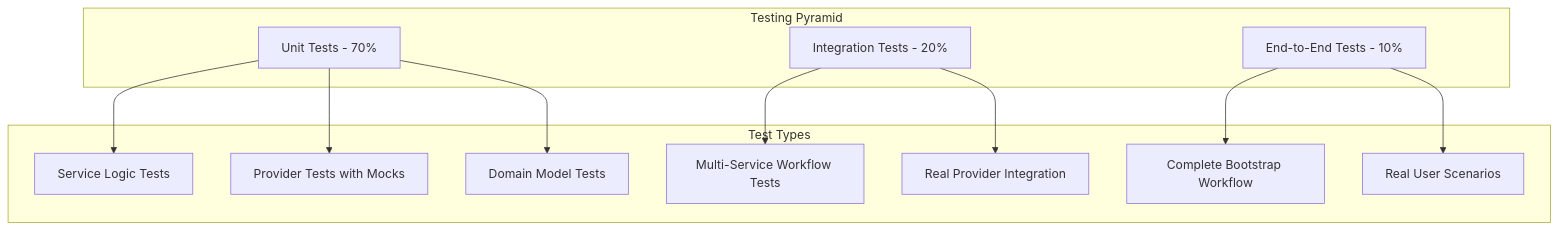
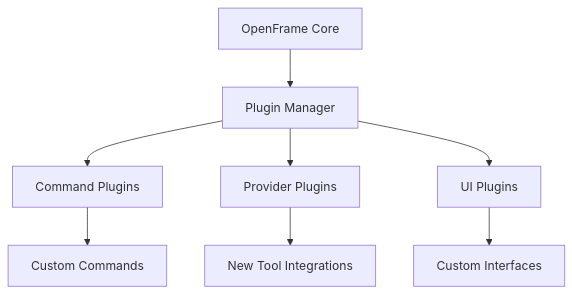
One commit to Praesto-Pro/openframe-cli changed the eighth of 8 diagrams in docs/development/architecture/README.md. Above: the diagram before and after it, drawn with Mermaid. The commit also changed other lines of this file and 19 other files, not shown here.

````diff
--- a/docs/development/architecture/README.md
+++ b/docs/development/architecture/README.md
@@ -413,20 +528,11 @@
 ```mermaid
-graph TD
-    subgraph "Testing Pyramid"
-        Unit[Unit Tests - 70%]
-        Integration[Integration Tests - 20%]
-        E2E[End-to-End Tests - 10%]
-    end
+graph TB
+    A[OpenFrame Core] --> B[Plugin Manager]
+    B --> C[Command Plugins]
+    B --> D[Provider Plugins]
+    B --> E[UI Plugins]
     
-    subgraph "Test Types"
-        Unit --> ServiceTests[Service Logic Tests]
-        Unit --> ProviderTests[Provider Tests with Mocks]
-        Unit --> ModelTests[Domain Model Tests]
-        
-        Integration --> WorkflowTests[Multi-Service Workflow Tests]
-        Integration --> ProviderIntegration[Real Provider Integration]
-        
-        E2E --> FullBootstrap[Complete Bootstrap Workflow]
-        E2E --> UserScenarios[Real User Scenarios]
-    end
+    C --> F[Custom Commands]
+    D --> G[New Tool Integrations]
+    E --> H[Custom Interfaces]
 ```
````
